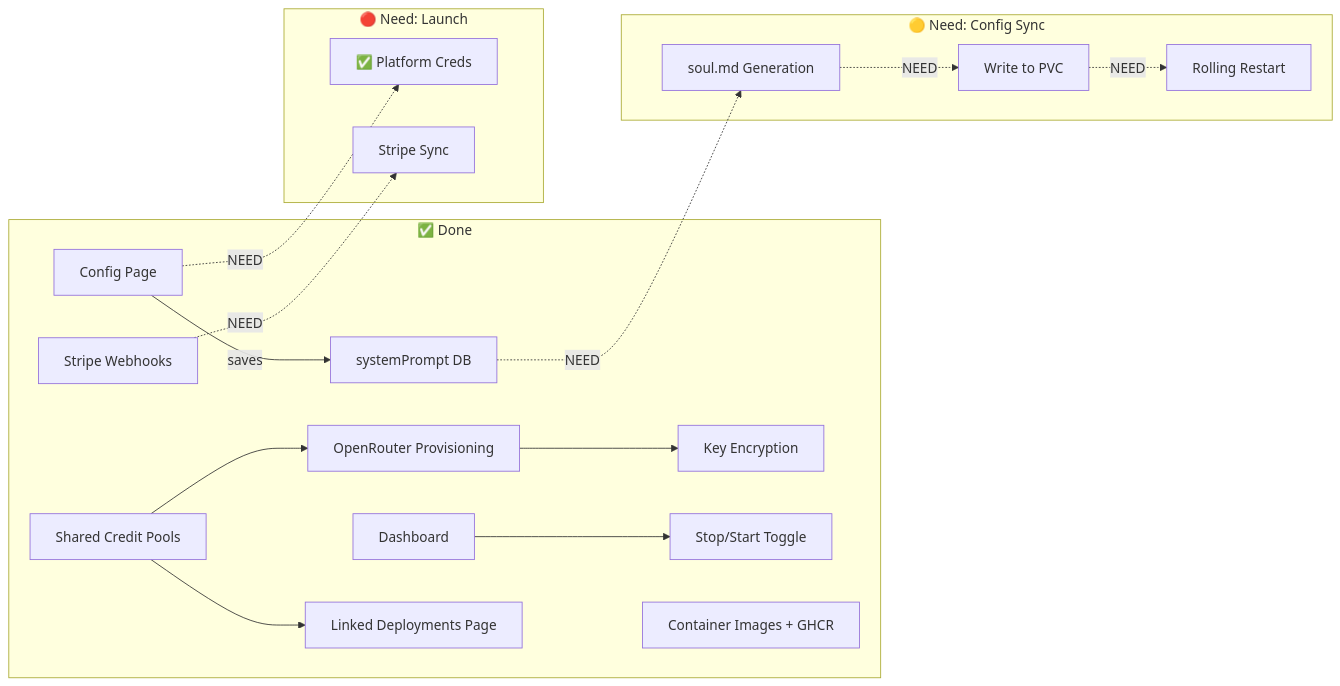
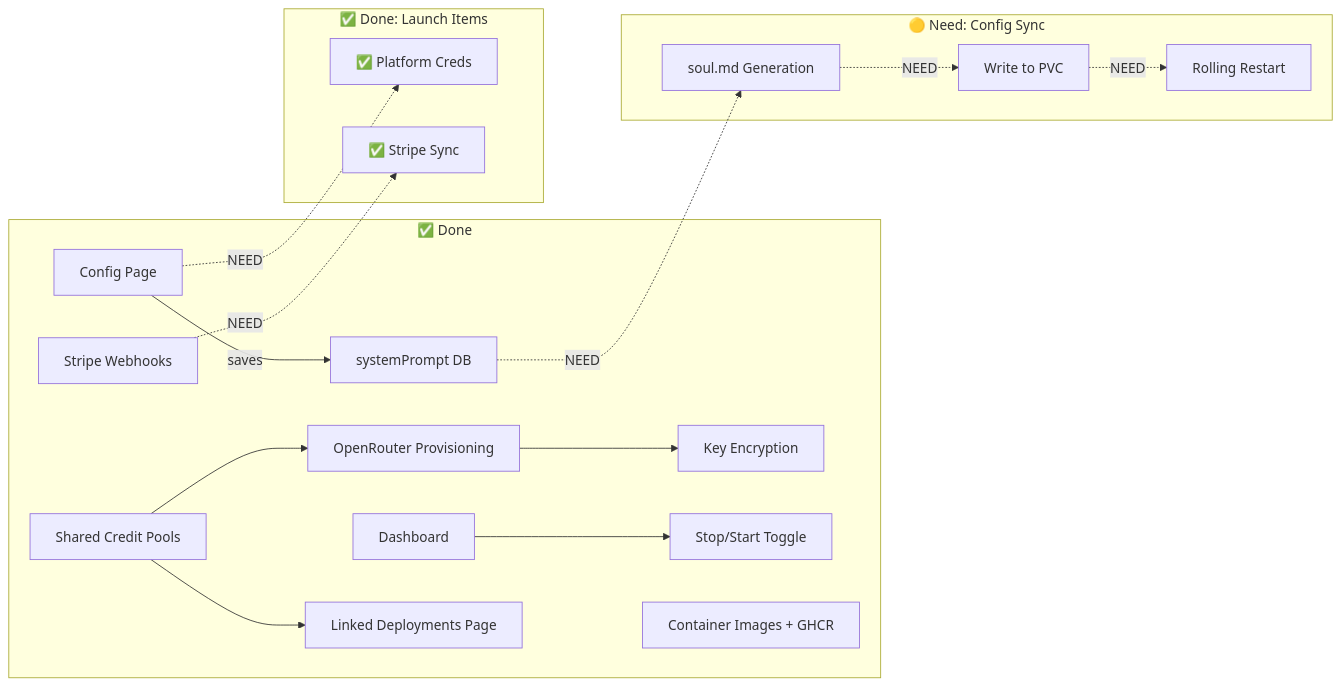
Before and after one commit to Bretthb/jarble: diagram 14 of 15 in OVERVIEW.md, drawn with Mermaid. The commit also changed other lines of this file and 8 other files, not shown here.

First line of the commit message:
Add Stripe subscription-to-deployment sync and Export Config button

````diff
--- a/OVERVIEW.md
+++ b/OVERVIEW.md
@@ -884,37 +889,37 @@
 ```mermaid
 flowchart LR
     subgraph Done["✅ Done"]
         CONFIG["Config Page"]
         SYSPROMPT["systemPrompt DB"]
         STRIPE["Stripe Webhooks"]
         DASH["Dashboard"]
         CREDITPOOL["Shared Credit Pools"]
         ORPROV["OpenRouter Provisioning"]
         ENCRYPT["Key Encryption"]
         LINKED["Linked Deployments Page"]
         STOPSTART_DEP["Stop/Start Toggle"]
         GHCR_DEP["Container Images + GHCR"]
     end
 
     subgraph NeedSync["🟡 Need: Config Sync"]
         SOULMD["soul.md Generation"]
         PVCWRITE["Write to PVC"]
         RESTART["Rolling Restart"]
     end
 
-    subgraph NeedLaunch["🔴 Need: Launch"]
+    subgraph NeedLaunch["✅ Done: Launch Items"]
         PLATCREDS["✅ Platform Creds"]
-        STRIPESYNC["Stripe Sync"]
+        STRIPESYNC["✅ Stripe Sync"]
     end
 
     CONFIG -->|saves| SYSPROMPT
     SYSPROMPT -.->|NEED| SOULMD
     SOULMD -.->|NEED| PVCWRITE
     PVCWRITE -.->|NEED| RESTART
 
     CONFIG -.->|NEED| PLATCREDS
     STRIPE -.->|NEED| STRIPESYNC
     CREDITPOOL --> ORPROV --> ENCRYPT
     CREDITPOOL --> LINKED
     DASH --> STOPSTART_DEP
 ```
````
